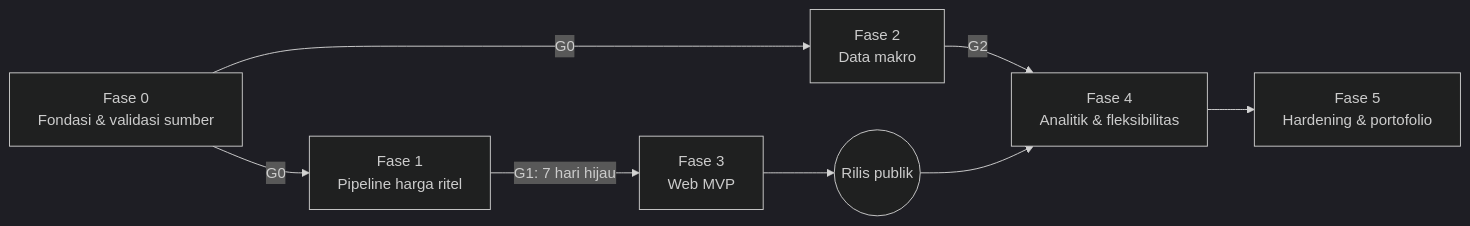
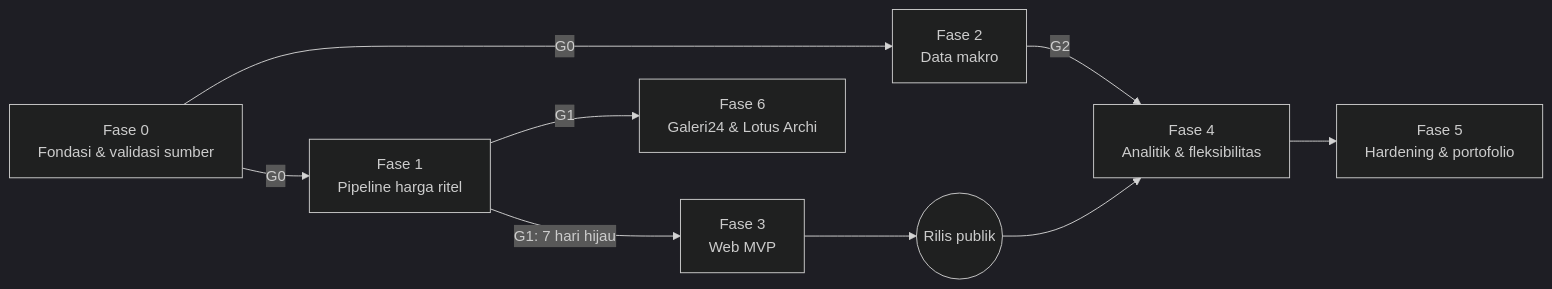
The diagram in plan/README.md (hafidznrg/gold-price-tracker), drawn with Mermaid (dark theme) before and after one commit. The commit also changed other lines of this file and 5 other files, not shown here.

First line of the commit message:
docs(plan): Fase 6 Galeri24 & Lotus Archi (Q-7 disetujui, P6-12 masuk)

````diff
--- a/plan/README.md
+++ b/plan/README.md
@@ -17,17 +18,19 @@
 ```mermaid
 flowchart LR
   F0[Fase 0<br/>Fondasi & validasi sumber]
   F1[Fase 1<br/>Pipeline harga ritel]
   F2[Fase 2<br/>Data makro]
   F3[Fase 3<br/>Web MVP]
   F4[Fase 4<br/>Analitik & fleksibilitas]
   F5[Fase 5<br/>Hardening & portofolio]
+  F6[Fase 6<br/>Galeri24 & Lotus Archi]
   R((Rilis publik))
 
   F0 -->|G0| F1
   F0 -->|G0| F2
   F1 -->|G1: 7 hari hijau| F3
   F2 -->|G2| F4
   F3 --> R
   R --> F4 --> F5
+  F1 -->|G1| F6
 ```
````
